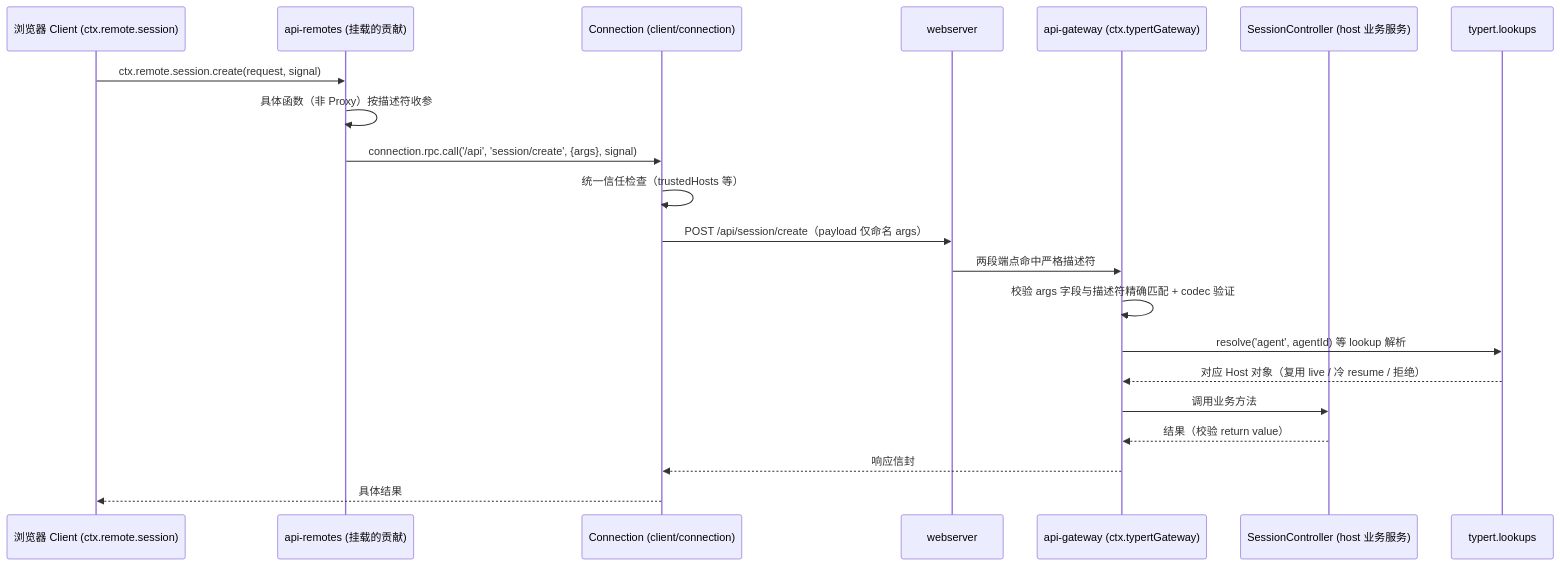
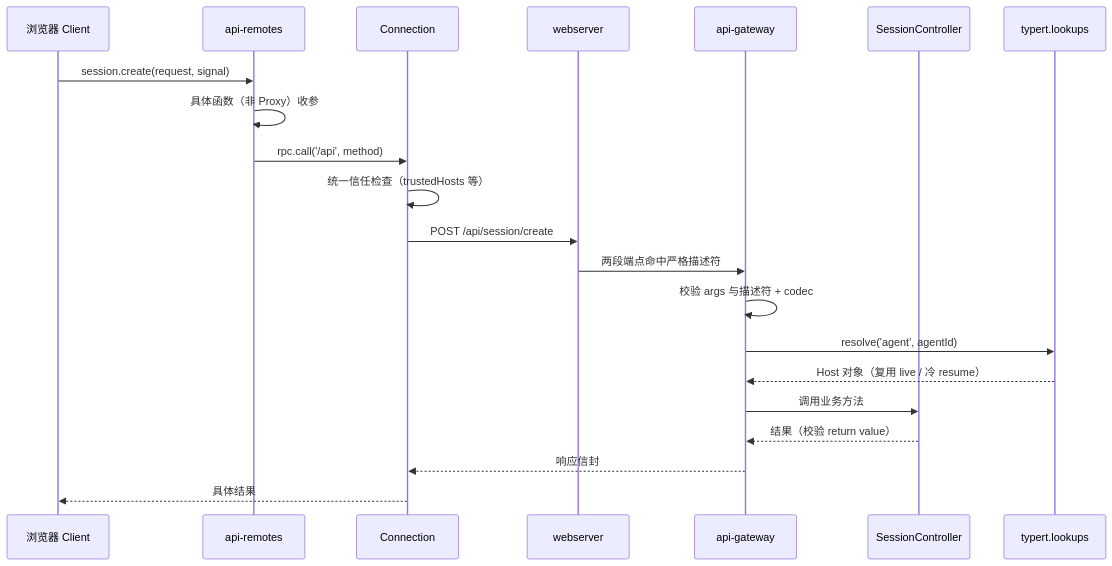
Before and after one commit to morehao/oss-insights: the second of 4 diagrams in ai-agent/deepseek-harness/remote-controllers.md, drawn with Mermaid. The commit also changed other lines of this file and 27 other files, not shown here.

````diff
--- a/ai-agent/deepseek-harness/remote-controllers.md
+++ b/ai-agent/deepseek-harness/remote-controllers.md
@@ -70,24 +87,24 @@
 ```mermaid
 sequenceDiagram
-    participant C as 浏览器 Client (ctx.remote.session)
-    participant AR as api-remotes (挂载的贡献)
-    participant CON as Connection (client/connection)
+    participant C as 浏览器 Client
+    participant AR as api-remotes
+    participant CON as Connection
     participant WS as webserver
-    participant GW as api-gateway (ctx.typertGateway)
-    participant SC as SessionController (host 业务服务)
+    participant GW as api-gateway
+    participant SC as SessionController
     participant LOOK as typert.lookups
 
-    C->>AR: ctx.remote.session.create(request, signal)
-    AR->>AR: 具体函数（非 Proxy）按描述符收参
-    AR->>CON: connection.rpc.call('/api', 'session/create', {args}, signal)
+    C->>AR: session.create(request, signal)
+    AR->>AR: 具体函数（非 Proxy）收参
+    AR->>CON: rpc.call('/api', method)
     CON->>CON: 统一信任检查（trustedHosts 等）
-    CON->>WS: POST /api/session/create（payload 仅命名 args）
+    CON->>WS: POST /api/session/create
     WS->>GW: 两段端点命中严格描述符
-    GW->>GW: 校验 args 字段与描述符精确匹配 + codec 验证
-    GW->>LOOK: resolve('agent', agentId) 等 lookup 解析
-    LOOK-->>GW: 对应 Host 对象（复用 live / 冷 resume / 拒绝）
+    GW->>GW: 校验 args 与描述符 + codec
+    GW->>LOOK: resolve('agent', agentId)
+    LOOK-->>GW: Host 对象（复用 live / 冷 resume）
     GW->>SC: 调用业务方法
     SC-->>GW: 结果（校验 return value）
     GW-->>CON: 响应信封
     CON-->>C: 具体结果
 ```
````
